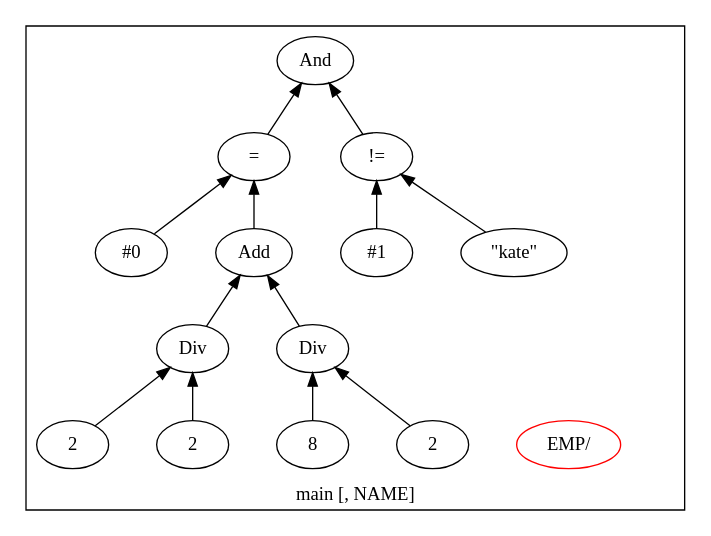
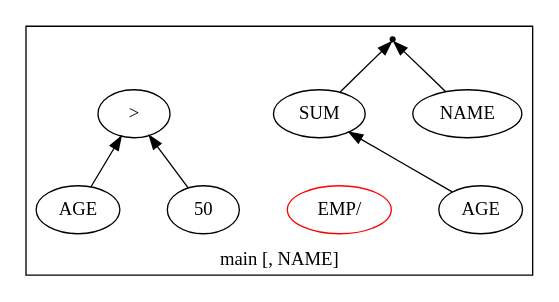
One commit to adarshpannu/kona changed the diagram in qgm.dot. Above: the diagram before and after it, drawn with Graphviz. The commit also changed 9 other files, not shown here.

```diff
--- a/qgm.dot
+++ b/qgm.dot
@@ -1,35 +1,21 @@
 digraph example1 {
     rankdir=BT;
     nodesep=0.5;
     ordering="in";
   subgraph cluster_main {
     label = "main [, NAME]";
-    "main_pt"[shape=point, color=white];
+    "main_pt"[shape=point, color=black];
+    exprnodeNodeId2v1[label="SUM"];
+    exprnodeNodeId1v1 -> exprnodeNodeId2v1;
+    exprnodeNodeId1v1[label="AGE"];
+    exprnodeNodeId2v1 -> "main_pt";
+    exprnodeNodeId3v1[label="NAME"];
+    exprnodeNodeId3v1 -> "main_pt";
     "QUN_0"[label="EMP/ ", color=red]
-    exprnodeNodeId17v1[label="And"];
-    exprnodeNodeId13v1 -> exprnodeNodeId17v1;
-    exprnodeNodeId13v1[label="="];
-    exprnodeNodeId5v1 -> exprnodeNodeId13v1;
-    exprnodeNodeId5v1[label="#0"];
-    exprnodeNodeId12v1 -> exprnodeNodeId13v1;
-    exprnodeNodeId12v1[label="Add"];
-    exprnodeNodeId8v1 -> exprnodeNodeId12v1;
-    exprnodeNodeId8v1[label="Div"];
-    exprnodeNodeId6v1 -> exprnodeNodeId8v1;
-    exprnodeNodeId6v1[label="2"];
-    exprnodeNodeId7v1 -> exprnodeNodeId8v1;
-    exprnodeNodeId7v1[label="2"];
-    exprnodeNodeId11v1 -> exprnodeNodeId12v1;
-    exprnodeNodeId11v1[label="Div"];
-    exprnodeNodeId9v1 -> exprnodeNodeId11v1;
-    exprnodeNodeId9v1[label="8"];
-    exprnodeNodeId10v1 -> exprnodeNodeId11v1;
-    exprnodeNodeId10v1[label="2"];
-    exprnodeNodeId16v1 -> exprnodeNodeId17v1;
-    exprnodeNodeId16v1[label="!="];
-    exprnodeNodeId14v1 -> exprnodeNodeId16v1;
-    exprnodeNodeId14v1[label="#1"];
-    exprnodeNodeId15v1 -> exprnodeNodeId16v1;
-    exprnodeNodeId15v1[label="\"kate\""];
+    exprnodeNodeId6v1[label=">"];
+    exprnodeNodeId4v1 -> exprnodeNodeId6v1;
+    exprnodeNodeId4v1[label="AGE"];
+    exprnodeNodeId5v1 -> exprnodeNodeId6v1;
+    exprnodeNodeId5v1[label="50"];
 }
 }
```
